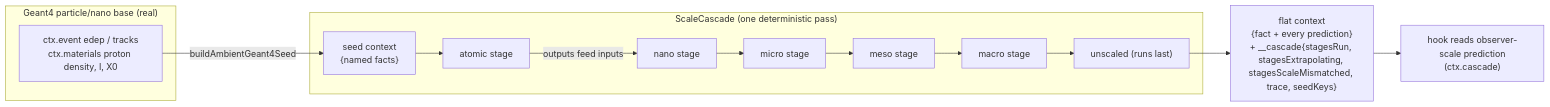
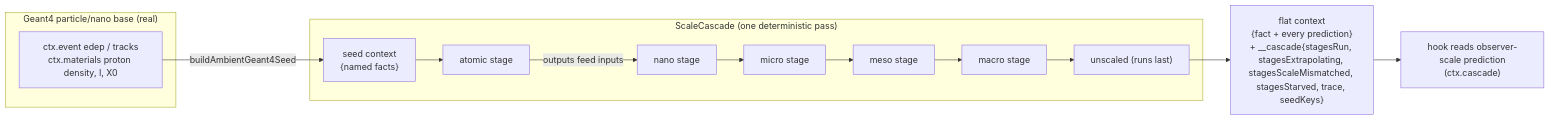
Before and after one commit to Geckos-Ink/trech: diagram 23 of 24 in CHARTS.md, drawn with Mermaid. The commit also changed other lines of this file and 22 other files, not shown here.

````diff
--- a/CHARTS.md
+++ b/CHARTS.md
@@ -620,18 +624,18 @@
 ```mermaid
 flowchart LR
   subgraph Base["Geant4 particle/nano base (real)"]
     G4["ctx.event edep / tracks\nctx.materials proton density, I, X0"]
   end
   subgraph Cascade["ScaleCascade (one deterministic pass)"]
     SEED["seed context\n{named facts}"]
     A["atomic stage"]
     N["nano stage"]
     MI["micro stage"]
     ME["meso stage"]
     MA["macro stage"]
     U["unscaled (runs last)"]
   end
-  OUT["flat context\n{fact + every prediction}\n+ __cascade{stagesRun, stagesExtrapolating, stagesScaleMismatched, trace, seedKeys}"]
+  OUT["flat context\n{fact + every prediction}\n+ __cascade{stagesRun, stagesExtrapolating, stagesScaleMismatched, stagesStarved, trace, seedKeys}"]
   G4 -->|buildAmbientGeant4Seed| SEED --> A -->|outputs feed inputs| N --> MI --> ME --> MA --> U --> OUT
   OUT --> HOOK["hook reads observer-scale prediction\n(ctx.cascade)"]
 ```
````
